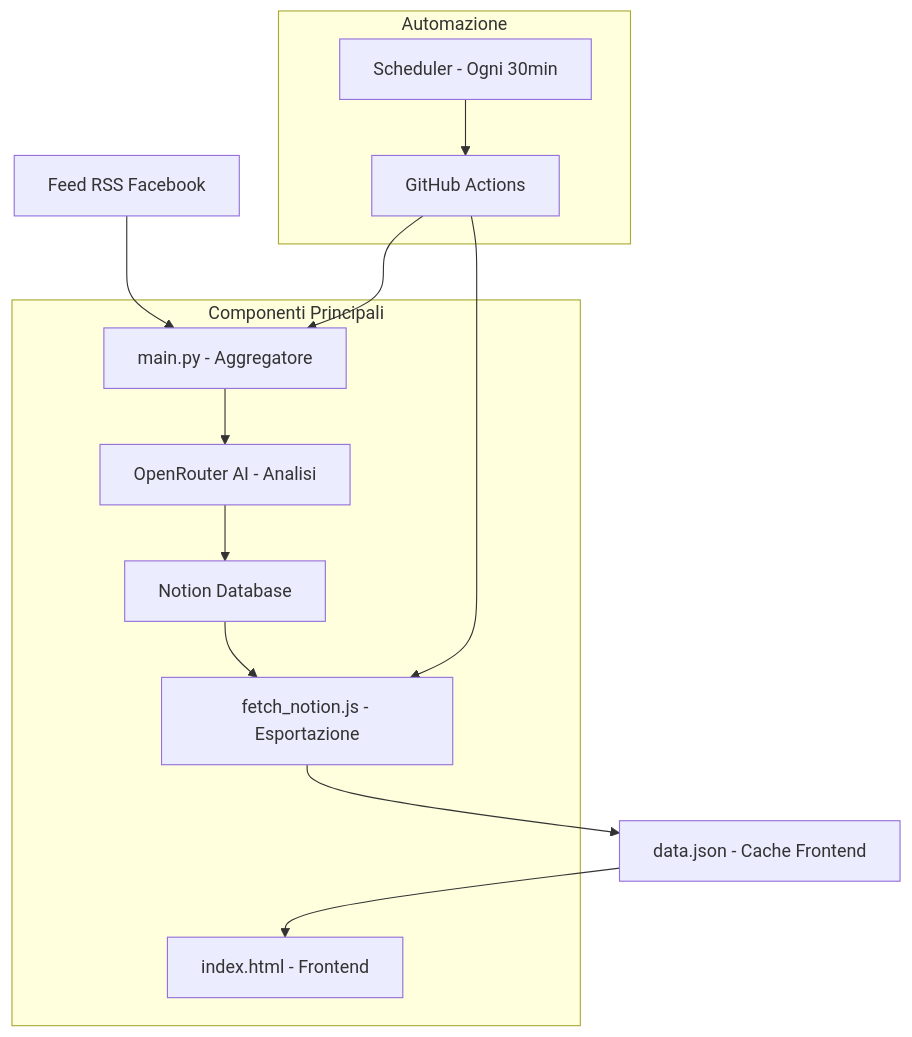
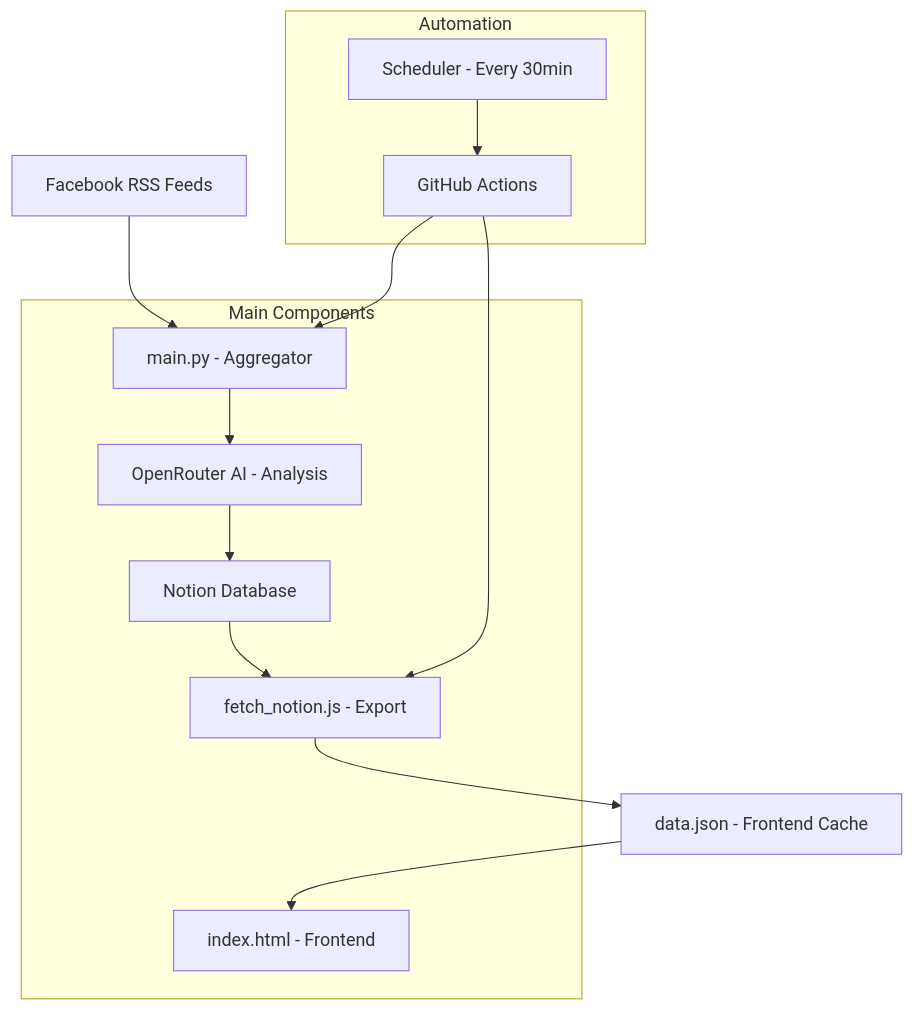
The diagram in README.md (Abla25/roomradar), drawn with Mermaid before and after one commit. The commit also changed other lines of this file, not shown here.

````diff
--- a/README.md
+++ b/README.md
@@ -68,26 +68,26 @@
 ```mermaid
 graph TB
-    A[Feed RSS Facebook] --> B[main.py - Aggregatore]
-    B --> C[OpenRouter AI - Analisi]
+    A[Facebook RSS Feeds] --> B[main.py - Aggregator]
+    B --> C[OpenRouter AI - Analysis]
     C --> D[Notion Database]
-    D --> E[fetch_notion.js - Esportazione]
-    E --> F[data.json - Cache Frontend]
+    D --> E[fetch_notion.js - Export]
+    E --> F[data.json - Frontend Cache]
     F --> G[index.html - Frontend]
     
     H[GitHub Actions] --> B
     H --> E
     
-    subgraph "Componenti Principali"
+    subgraph "Main Components"
         B
         C
         D
         E
         G
     end
     
-    subgraph "Automazione"
+    subgraph "Automation"
         H
-        I[Scheduler - Ogni 30min]
+        I[Scheduler - Every 30min]
         I --> H
     end
 ```
````
